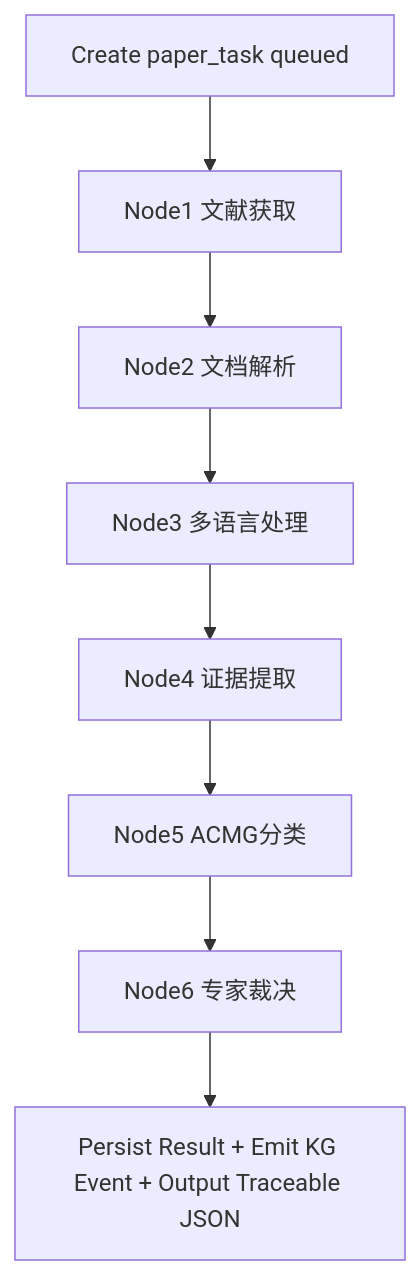
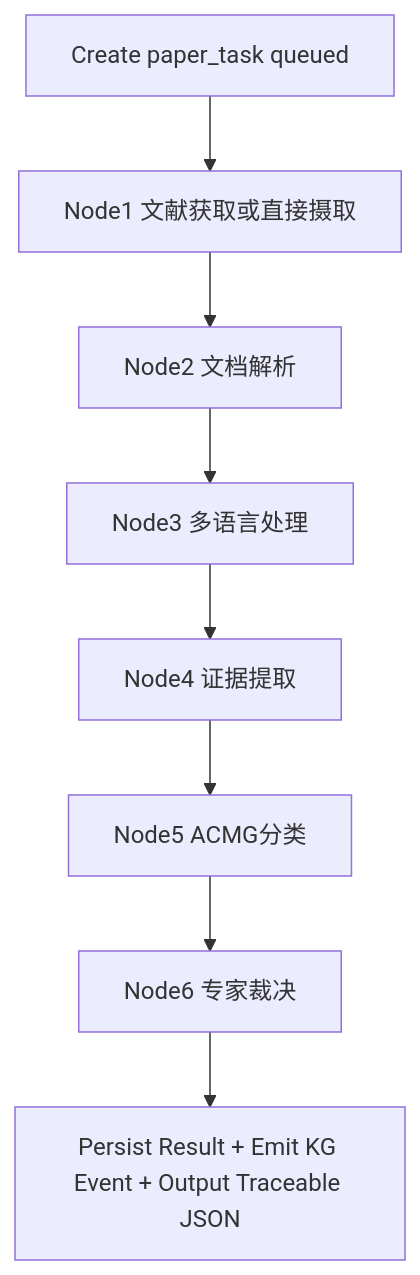
Before and after one commit to lanshi17/LinguaSeeker: the diagram in docs/APP_FLOW.md, drawn with Mermaid. The commit also changed other lines of this file and 14 other files, not shown here.

First line of the commit message:
chore(routes): align request-centric flow with API surface

````diff
--- a/docs/APP_FLOW.md
+++ b/docs/APP_FLOW.md
@@ -26,10 +44,10 @@
 ```mermaid
 flowchart TD
-    A[Create paper_task queued] --> B[Node1 文献获取]
+    A[Create paper_task queued] --> B[Node1 文献获取或直接摄取]
     B --> C[Node2 文档解析]
     C --> D[Node3 多语言处理]
     D --> E[Node4 证据提取]
     E --> F[Node5 ACMG分类]
     F --> G[Node6 专家裁决]
     G --> H[Persist Result + Emit KG Event + Output Traceable JSON]
 ```
````
